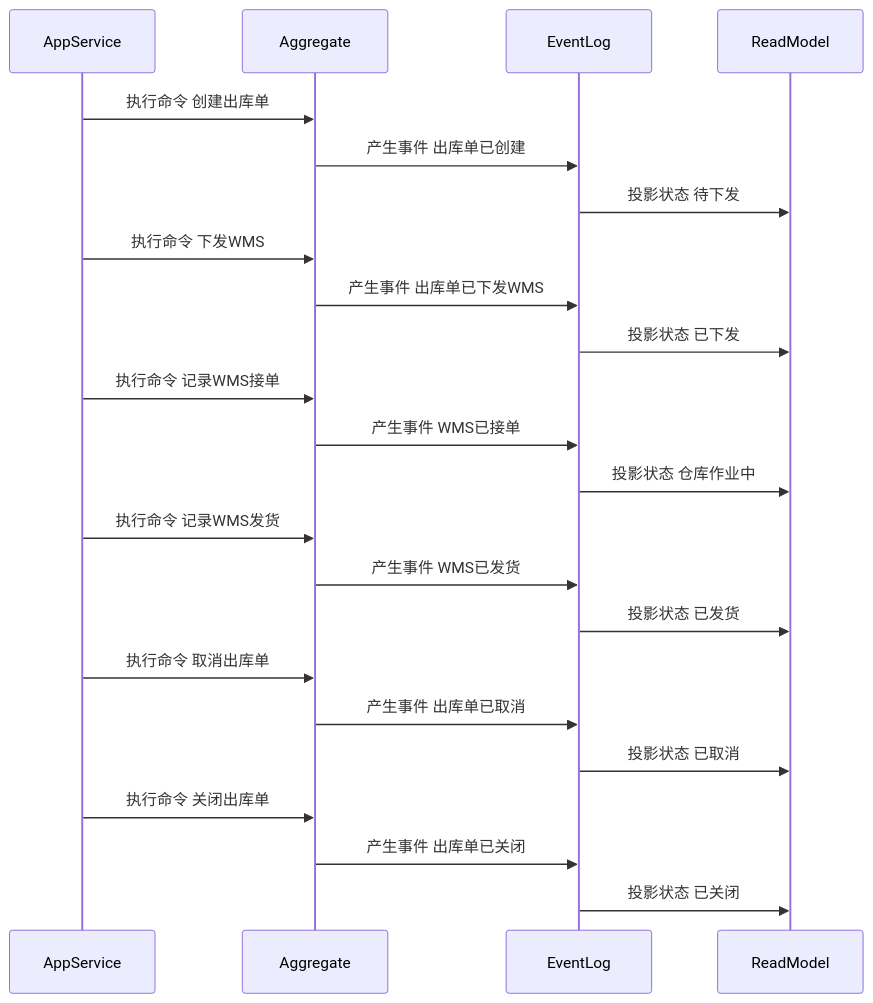
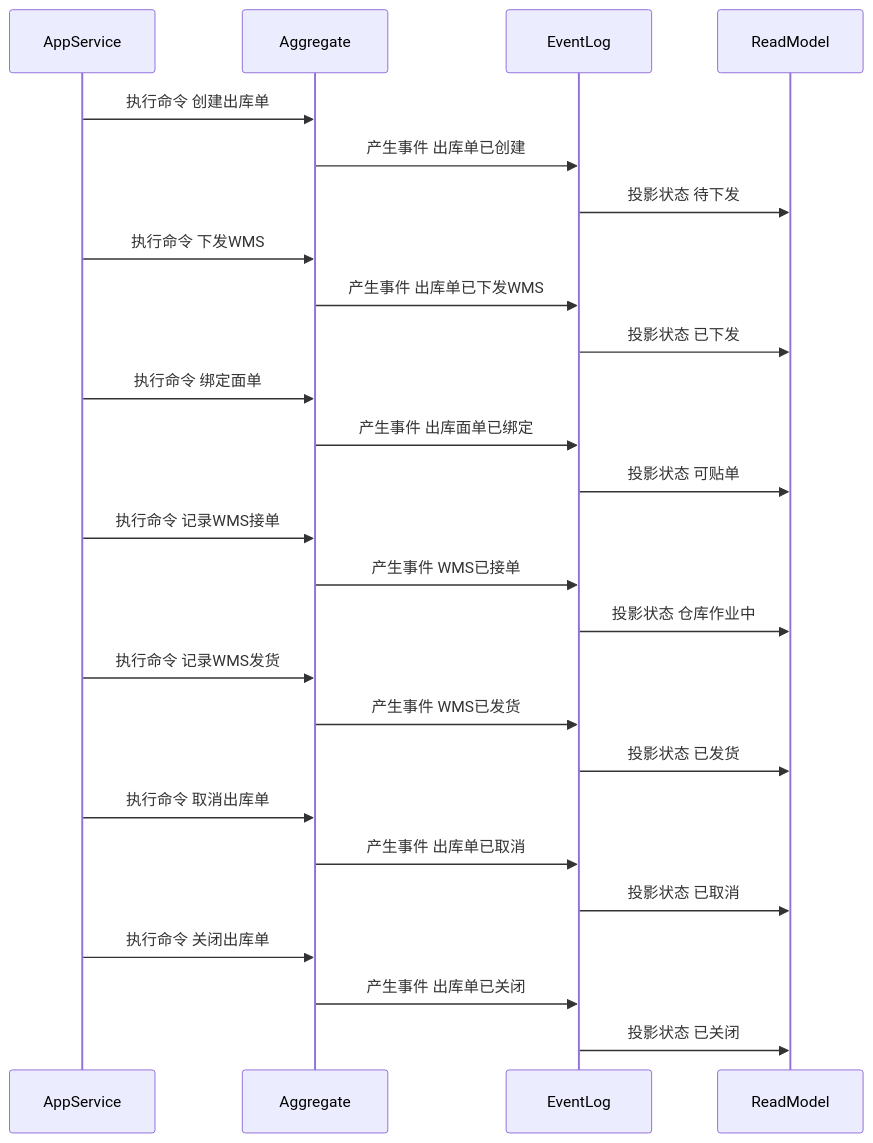
Before and after one commit to chao1927/scm: the sixth of 6 diagrams in docs/03-核心业务模型/05-OMS领域模型/04-出库单聚合CQRS设计.md, drawn with Mermaid. The commit also changed other lines of this file and 118 other files, not shown here.

````diff
--- a/docs/03-核心业务模型/05-OMS领域模型/04-出库单聚合CQRS设计.md
+++ b/docs/03-核心业务模型/05-OMS领域模型/04-出库单聚合CQRS设计.md
@@ -261,26 +267,29 @@
 ```mermaid
 sequenceDiagram
     participant AppService
     participant Aggregate
     participant EventLog
     participant ReadModel
 
     AppService->>Aggregate: 执行命令 创建出库单
     Aggregate->>EventLog: 产生事件 出库单已创建
     EventLog->>ReadModel: 投影状态 待下发
     AppService->>Aggregate: 执行命令 下发WMS
     Aggregate->>EventLog: 产生事件 出库单已下发WMS
     EventLog->>ReadModel: 投影状态 已下发
+    AppService->>Aggregate: 执行命令 绑定面单
+    Aggregate->>EventLog: 产生事件 出库面单已绑定
+    EventLog->>ReadModel: 投影状态 可贴单
     AppService->>Aggregate: 执行命令 记录WMS接单
     Aggregate->>EventLog: 产生事件 WMS已接单
     EventLog->>ReadModel: 投影状态 仓库作业中
     AppService->>Aggregate: 执行命令 记录WMS发货
     Aggregate->>EventLog: 产生事件 WMS已发货
     EventLog->>ReadModel: 投影状态 已发货
     AppService->>Aggregate: 执行命令 取消出库单
     Aggregate->>EventLog: 产生事件 出库单已取消
     EventLog->>ReadModel: 投影状态 已取消
     AppService->>Aggregate: 执行命令 关闭出库单
     Aggregate->>EventLog: 产生事件 出库单已关闭
     EventLog->>ReadModel: 投影状态 已关闭
 ```
````
